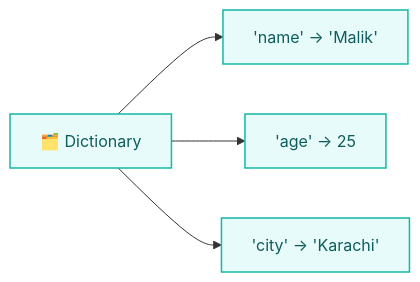
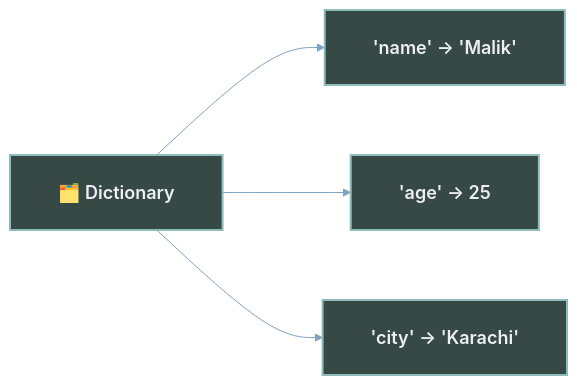
The seventh of 9 diagrams in 01_ Python_For_ Agentic_ Ai/01 Data types/Readme.md (maliksiddiq/learning-agentic-ai), drawn with Mermaid before and after one commit. The commit also changed other lines of this file, not shown here.

````diff
--- a/01_ Python_For_ Agentic_ Ai/01 Data types/Readme.md
+++ b/01_ Python_For_ Agentic_ Ai/01 Data types/Readme.md
@@ -511,9 +517,10 @@
 ```mermaid
+%%{init: {'theme': 'base', 'themeVariables': {'background': '#2E3440', 'primaryColor': '#3B4252', 'primaryTextColor': '#ECEFF4', 'primaryBorderColor': '#8FBCBB', 'lineColor': '#81A1C1', 'edgeLabelBackground': '#3B4252', 'fontSize': '18px', 'fontFamily': 'Segoe UI, Arial, sans-serif'}, 'flowchart': {'useMaxWidth': true, 'htmlLabels': true, 'nodeSpacing': 70, 'rankSpacing': 100, 'curve': 'basis', 'padding': 24}} }%%
 flowchart LR
     D["🗂️ Dictionary"] --> K1["'name' → 'Malik'"]
     D --> K2["'age' → 25"]
     D --> K3["'city' → 'Karachi'"]
 
-    classDef mapp fill:#E8FBFB,color:#0F5C5C,stroke:#14B8A6,stroke-width:1.5px
+    classDef mapp fill:#374945,color:#ECEFF4,stroke:#8FBCBB,stroke-width:2px,font-weight:600
     class D,K1,K2,K3 mapp
 ```
````
